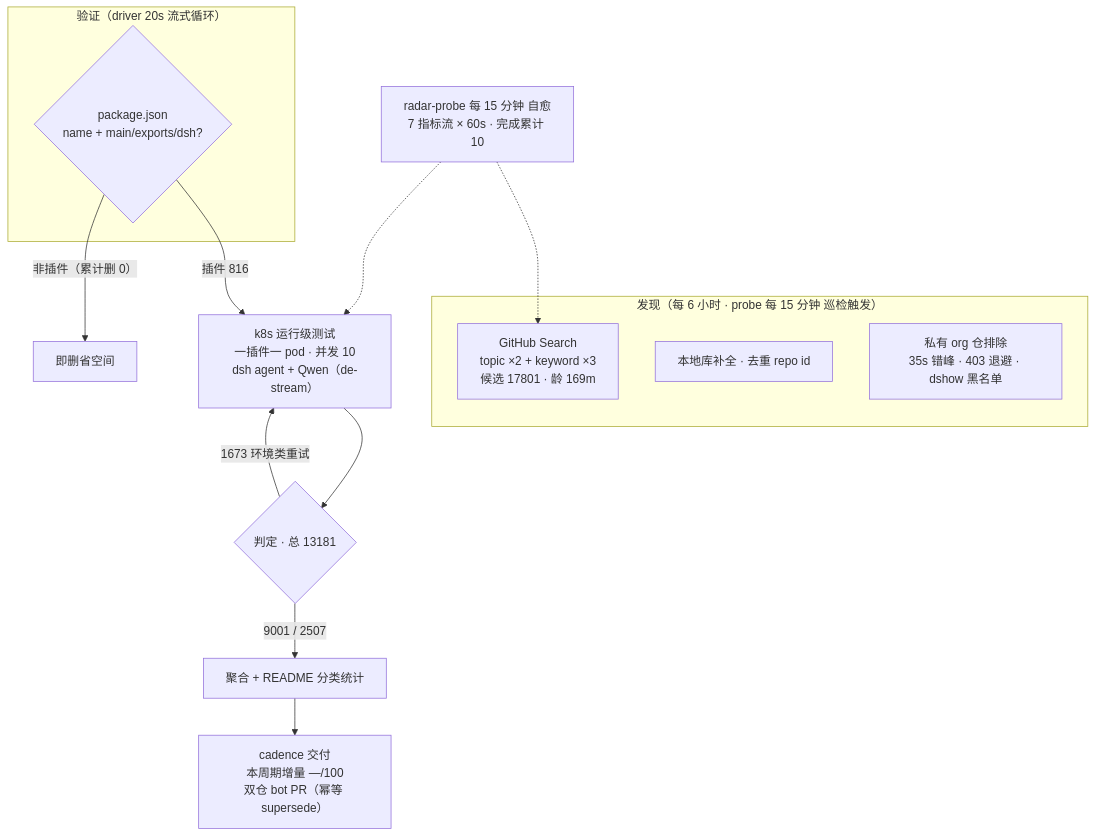
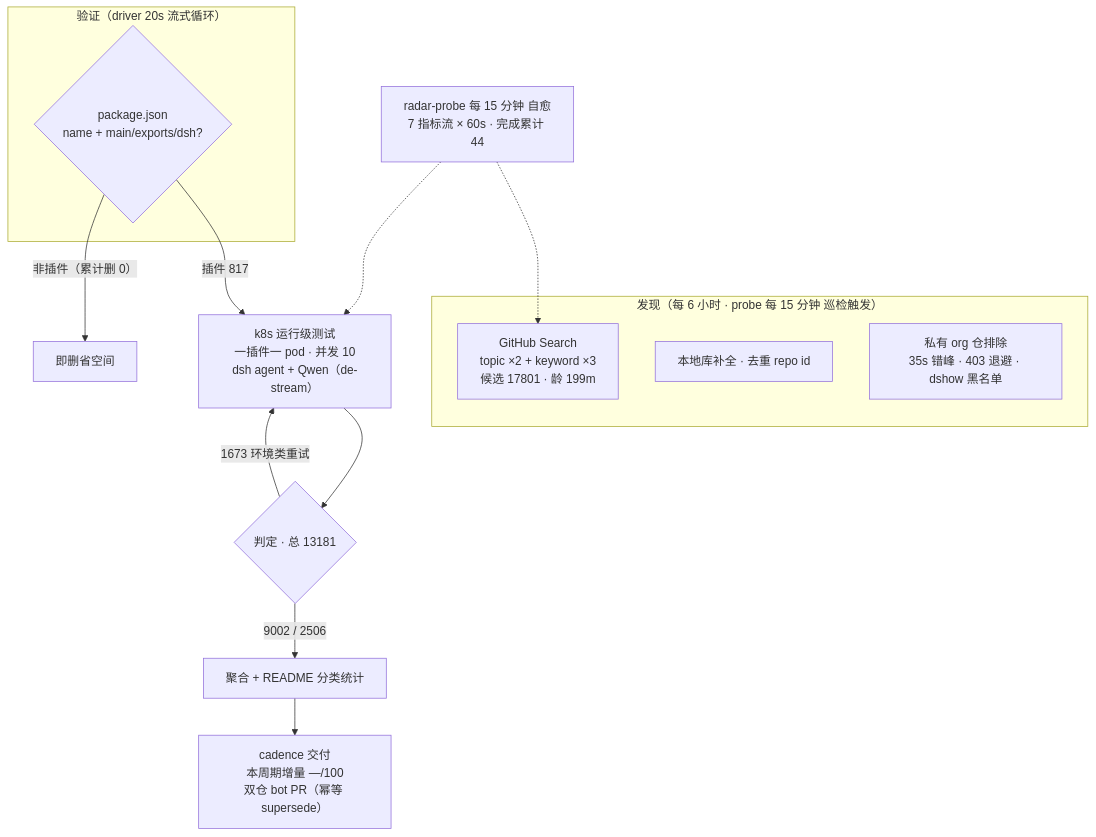
The diagram in README.md (AdamPlatin123/awesome-dsh-plugins), drawn with Mermaid before and after one commit. The commit also changed other lines of this file and 5 other files, not shown here.

````diff
--- a/README.md
+++ b/README.md
@@ -52,20 +52,20 @@
 ```mermaid
 flowchart TB
     subgraph Discovery["发现（每 6 小时 · probe 每 15 分钟 巡检触发）"]
-        A1["GitHub Search<br/>topic ×2 + keyword ×3<br/>候选 17801 · 龄 169m"]
+        A1["GitHub Search<br/>topic ×2 + keyword ×3<br/>候选 17801 · 龄 199m"]
         A2["本地库补全 · 去重 repo id"]
         A3["私有 org 仓排除<br/>35s 错峰 · 403 退避 · dshow 黑名单"]
     end
     subgraph Validation["验证（driver 20s 流式循环）"]
         B1{"package.json<br/>name + main/exports/dsh?"}
     end
-    B1 -->|"插件 816"| C1["k8s 运行级测试<br/>一插件一 pod · 并发 10<br/>dsh agent + Qwen（de-stream）"]
+    B1 -->|"插件 817"| C1["k8s 运行级测试<br/>一插件一 pod · 并发 10<br/>dsh agent + Qwen（de-stream）"]
     B1 -->|"非插件（累计删 0）"| B3["即删省空间"]
     C1 --> D1{"判定 · 总 13181"}
-    D1 -->|"9001 / 2507"| E1["聚合 + README 分类统计"]
+    D1 -->|"9002 / 2506"| E1["聚合 + README 分类统计"]
     D1 -->|"1673 环境类重试"| C1
     E1 --> E2["cadence 交付<br/>本周期增量 —/100<br/>双仓 bot PR（幂等 supersede）"]
-    M["radar-probe 每 15 分钟 自愈<br/>7 指标流 × 60s · 完成累计 10"]
+    M["radar-probe 每 15 分钟 自愈<br/>7 指标流 × 60s · 完成累计 44"]
     M -.-> A1
     M -.-> C1
 ```
````
